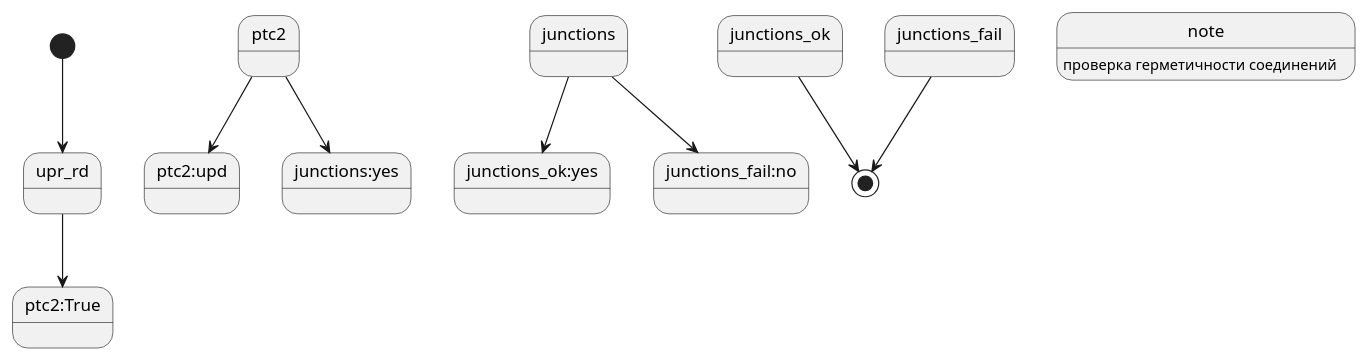
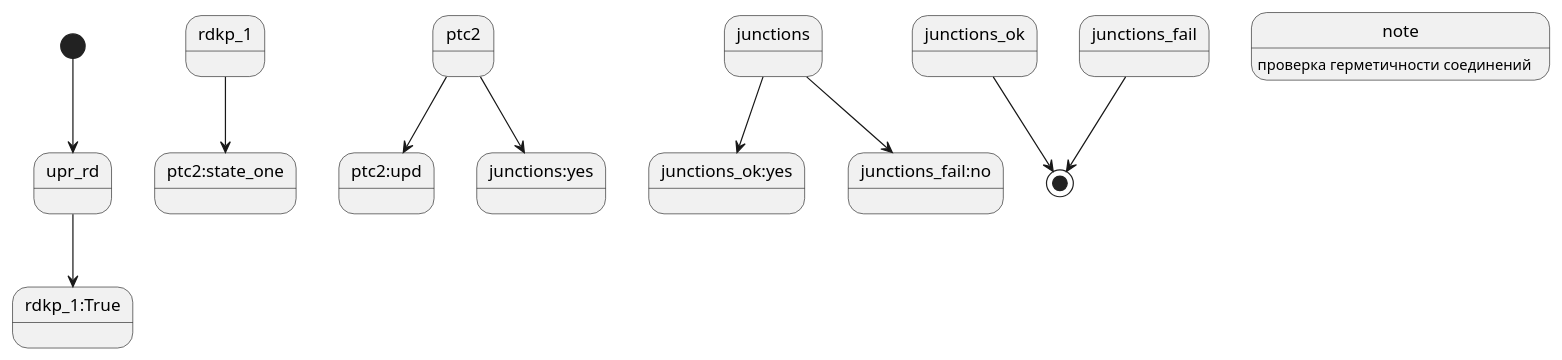
Before and after one commit to Alser69rus/A3135: the diagram in uml/rd 042/junctions.puml, drawn with PlantUML. The commit also changed 3 other files, not shown here.

```diff
--- a/uml/rd 042/junctions.puml
+++ b/uml/rd 042/junctions.puml
@@ -2,11 +2,12 @@
 @startuml
 [*]-->upr_rd
-upr_rd-->ptc2:True
+upr_rd-->rdkp_1:True
+rdkp_1-->ptc2:state_one
 ptc2-->ptc2:upd
 ptc2-->junctions:yes
 junctions-->junctions_ok:yes
 junctions-->junctions_fail:no
 junctions_ok-->[*]
 junctions_fail-->[*]
 note:проверка герметичности соединений
 @enduml
```
